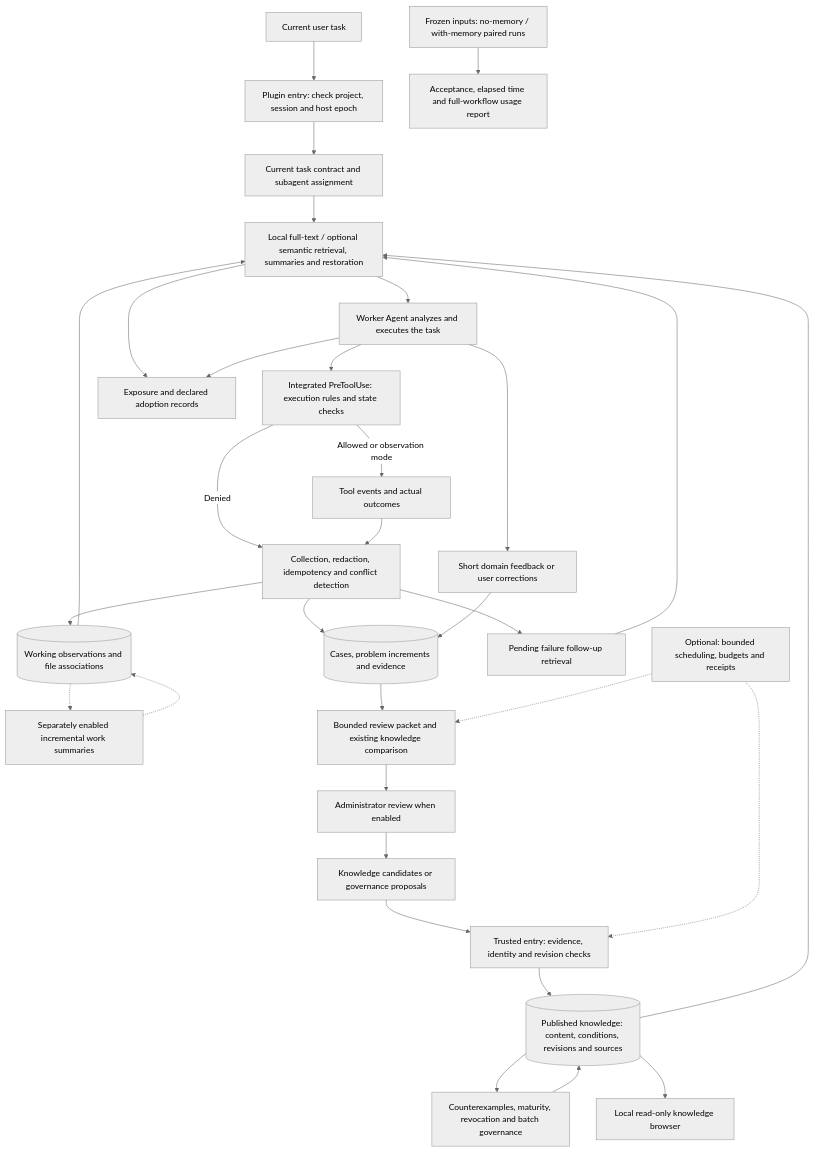
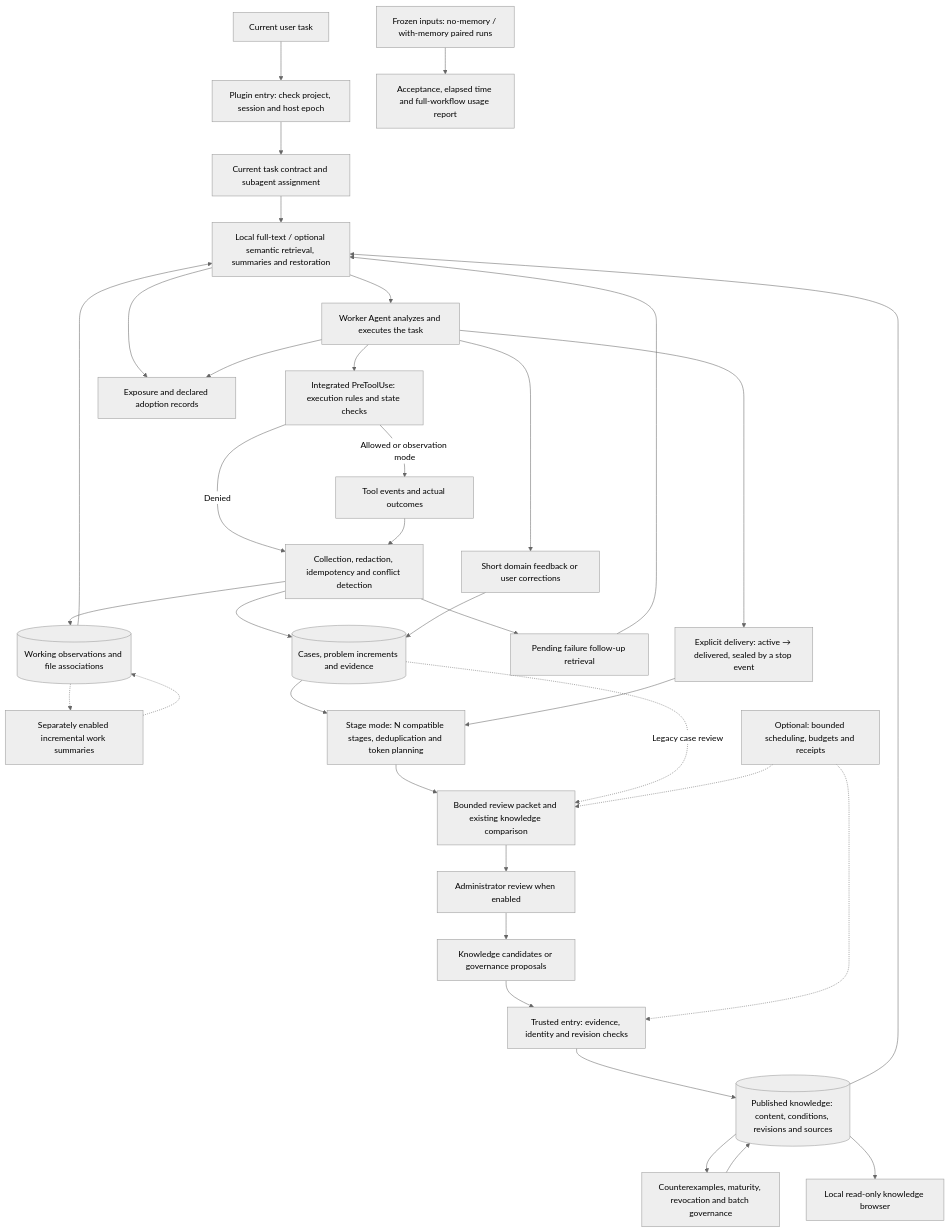
Before and after one commit to swenbo1-web/agents-learning: the first of 2 diagrams in README.en.md, drawn with Mermaid (neutral theme). The commit also changed other lines of this file and 59 other files, not shown here.

````diff
--- a/README.en.md
+++ b/README.en.md
@@ -419,34 +442,38 @@
 ```mermaid
 flowchart TD
     User["Current user task"] --> Entry["Plugin entry: check project, session and host epoch"]
     Entry --> Task["Current task contract and subagent assignment"]
     Task --> Retrieve["Local full-text / optional semantic retrieval, summaries and restoration"]
     Knowledge[("Published knowledge: content, conditions, revisions and sources")] --> Retrieve
     Retrieve --> Worker["Worker Agent analyzes and executes the task"]
     Worker --> Guard["Integrated PreToolUse: execution rules and state checks"]
     Guard -->|"Allowed or observation mode"| Result["Tool events and actual outcomes"]
     Guard -->|"Denied"| Capture
     Result --> Capture["Collection, redaction, idempotency and conflict detection"]
     Capture --> Cases[("Cases, problem increments and evidence")]
     Capture --> Work[("Working observations and file associations")]
     Work --> Retrieve
     Work -.-> Summary["Separately enabled incremental work summaries"]
     Summary -.-> Work
     Worker --> Feedback["Short domain feedback or user corrections"]
     Feedback --> Cases
     Capture --> Fault["Pending failure follow-up retrieval"]
     Fault --> Retrieve
-    Cases --> Packet["Bounded review packet and existing knowledge comparison"]
+    Worker --> Delivery["Explicit delivery: active → delivered, sealed by a stop event"]
+    Cases --> Stage["Stage mode: N compatible stages, deduplication and token planning"]
+    Delivery --> Stage
+    Stage --> Packet["Bounded review packet and existing knowledge comparison"]
+    Cases -.->|"Legacy case review"| Packet
     Packet --> Admin["Administrator review when enabled"]
     Admin --> Candidate["Knowledge candidates or governance proposals"]
     Candidate --> Publish["Trusted entry: evidence, identity and revision checks"]
     Publish --> Knowledge
     Knowledge --> Governance["Counterexamples, maturity, revocation and batch governance"]
     Governance --> Knowledge
     Schedule["Optional: bounded scheduling, budgets and receipts"] -.-> Packet
     Schedule -.-> Publish
     Retrieve --> Exposure["Exposure and declared adoption records"]
     Worker --> Exposure
     Knowledge --> Browser["Local read-only knowledge browser"]
     Evaluation["Frozen inputs: no-memory / with-memory paired runs"] --> Report["Acceptance, elapsed time and full-workflow usage report"]
 ```
````
